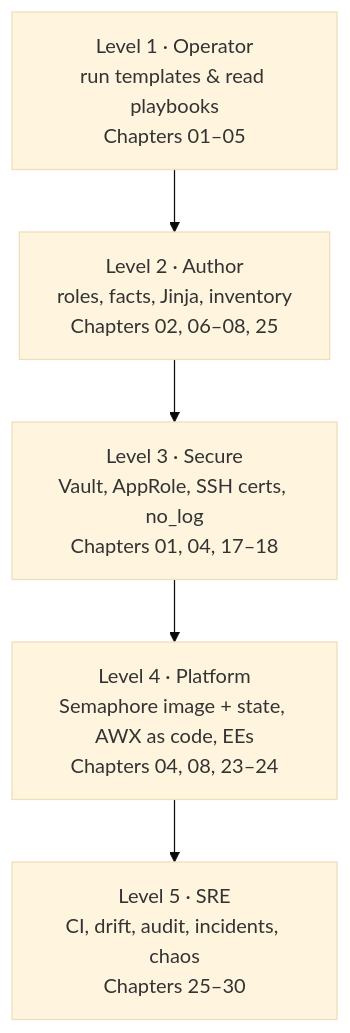
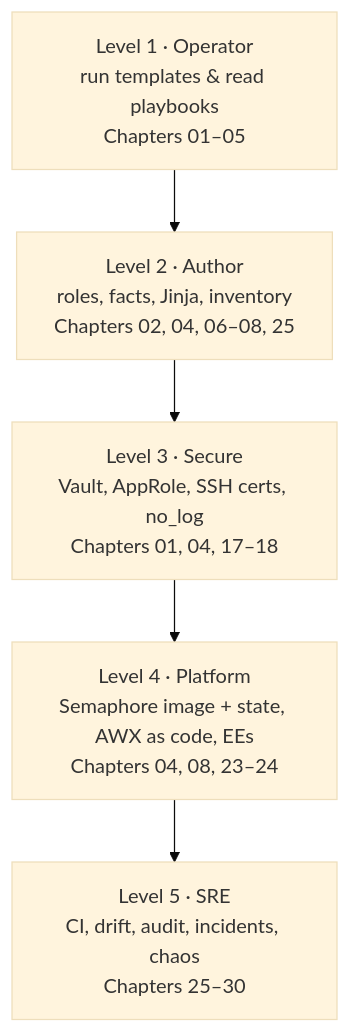
One commit to cloudone365/technical-depth changed the second of 3 diagrams in 01-Ansible/README.md. Above: the diagram before and after it, drawn with Mermaid (base theme). The commit also changed other lines of this file and 36 other files, not shown here.

````diff
--- a/01-Ansible/README.md
+++ b/01-Ansible/README.md
@@ -150,7 +150,7 @@
 ```mermaid
 flowchart TB
-  L1["Level 1 · Operator<br/>run templates & read playbooks<br/>Chapters 01–05"] --> L2["Level 2 · Author<br/>roles, facts, Jinja, inventory<br/>Chapters 02, 06–08, 25"]
+  L1["Level 1 · Operator<br/>run templates & read playbooks<br/>Chapters 01–05"] --> L2["Level 2 · Author<br/>roles, facts, Jinja, inventory<br/>Chapters 02, 04, 06–08, 25"]
   L2 --> L3["Level 3 · Secure<br/>Vault, AppRole, SSH certs, no_log<br/>Chapters 01, 04, 17–18"]
   L3 --> L4["Level 4 · Platform<br/>Semaphore image + state, AWX as code, EEs<br/>Chapters 04, 08, 23–24"]
   L4 --> L5["Level 5 · SRE<br/>CI, drift, audit, incidents, chaos<br/>Chapters 25–30"]
 ```
````
